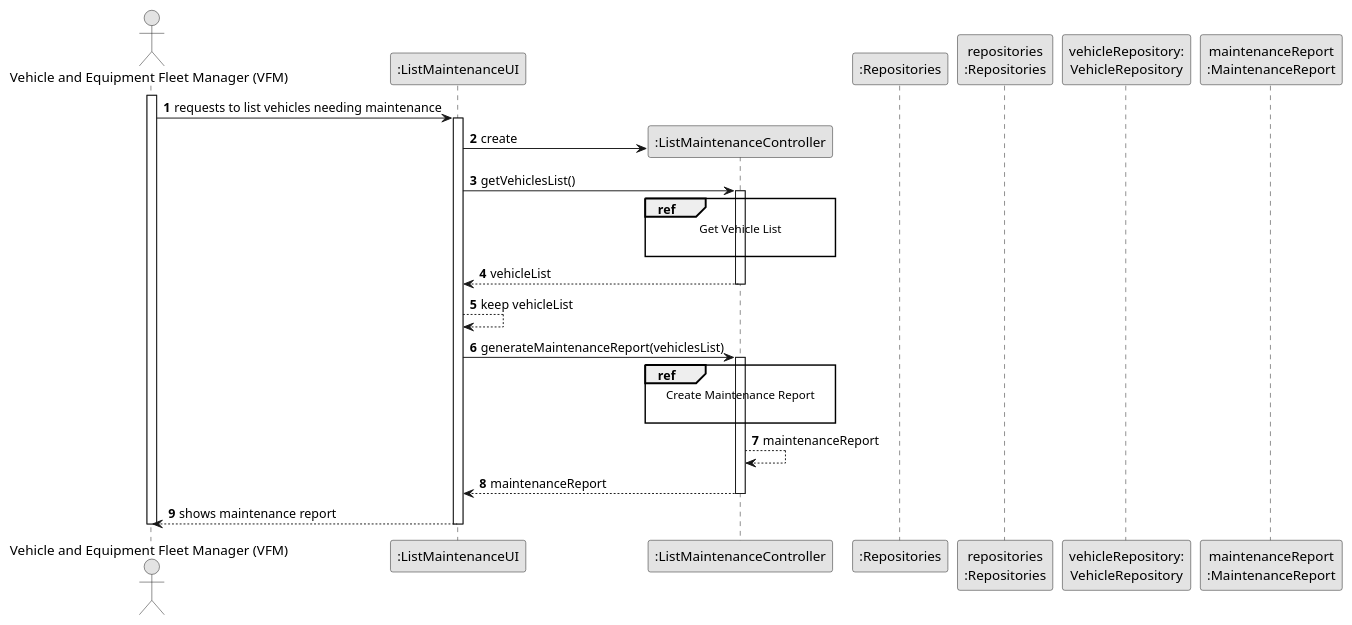
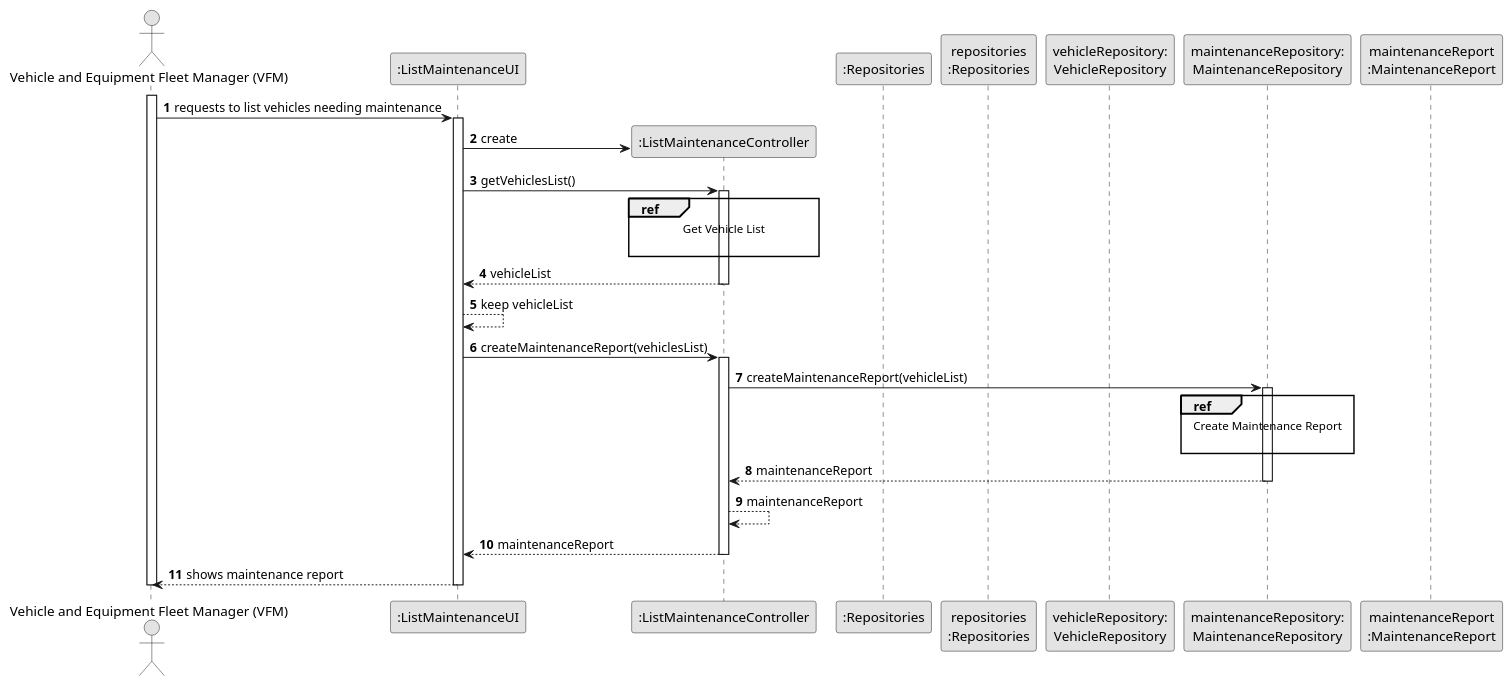
One commit to ricardomm7/leaflink changed the diagram in docs/sprintB/us008/03.design/puml/us008-sequence-diagram-split.puml. Above: the diagram before and after it, drawn with PlantUML. The commit also changed 7 other files, not shown here.

```diff
--- a/docs/sprintB/us008/03.design/puml/us008-sequence-diagram-split.puml
+++ b/docs/sprintB/us008/03.design/puml/us008-sequence-diagram-split.puml
@@ -1,56 +1,63 @@
 @startuml
 skinparam monochrome true
 skinparam packageStyle rectangle
 skinparam shadowing false
 
 
 autonumber
 
 'hide footbox
 actor "Vehicle and Equipment Fleet Manager (VFM)" as VFM
 participant ":ListMaintenanceUI" as UI
 participant ":ListMaintenanceController" as CTRL
 participant ":Repositories" as RepositorySingleton
 participant "repositories\n:Repositories" as PLAT
 participant "vehicleRepository:\nVehicleRepository" as VehicleRepository
+participant "maintenanceRepository:\nMaintenanceRepository" as MaintenanceRepository
 participant "maintenanceReport\n:MaintenanceReport" as MaintenanceReport
 
 activate VFM
 
     VFM -> UI : requests to list vehicles needing maintenance
     activate UI
 
         UI -> CTRL** : create
 
         UI -> CTRL : getVehiclesList()
         activate CTRL
 
             ref over CTRL
                         Get Vehicle List
 
             end ref
 
             CTRL --> UI : vehicleList
         deactivate CTRL
 
         UI --> UI : keep vehicleList
 
-        UI -> CTRL : generateMaintenanceReport(vehiclesList)
+        UI -> CTRL : createMaintenanceReport(vehiclesList)
         activate CTRL
 
-            ref over CTRL
+        CTRL -> MaintenanceRepository: createMaintenanceReport(vehicleList)
+        activate MaintenanceRepository
+
+            ref over MaintenanceRepository
                     Create Maintenance Report
 
             end ref
+        MaintenanceRepository --> CTRL: maintenanceReport
+        deactivate MaintenanceRepository
 
         CTRL --> CTRL : maintenanceReport
+
 
             CTRL --> UI : maintenanceReport
         deactivate CTRL
 
         UI --> VFM : shows maintenance report
     deactivate UI
 
 deactivate VFM
 
 @enduml
```
